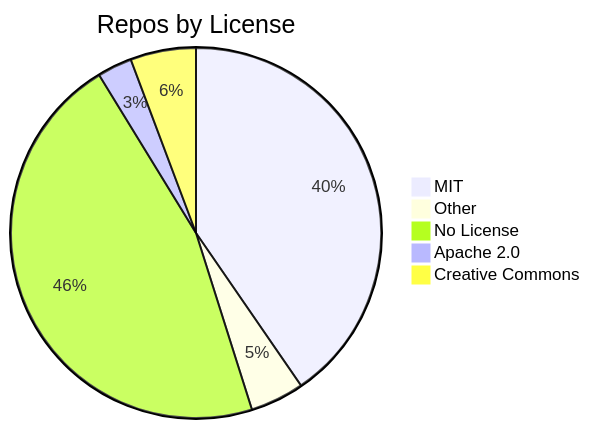
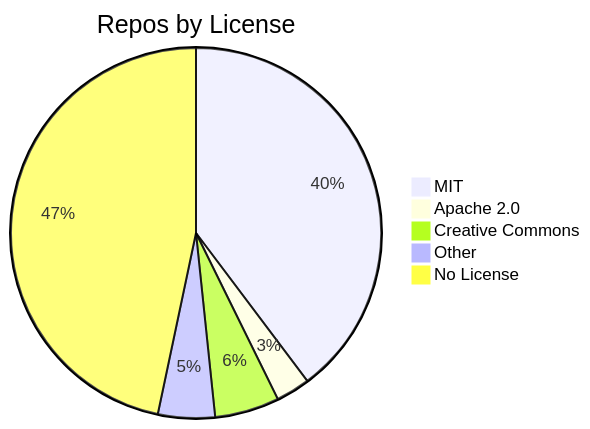
The diagram in README.md (jpatterson933/awesome-mcp-server-repo-index), drawn with Mermaid before and after one commit. The commit also changed other lines of this file and 3 other files, not shown here.

````diff
--- a/README.md
+++ b/README.md
@@ -29,8 +29,8 @@
 ```mermaid
 pie title Repos by License
     "MIT" : 120
-    "Other" : 14
-    "No License" : 137
     "Apache 2.0" : 9
     "Creative Commons" : 17
+    "Other" : 15
+    "No License" : 141
 ```
````
